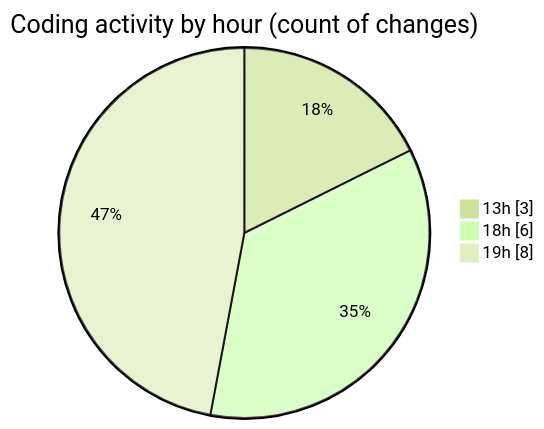
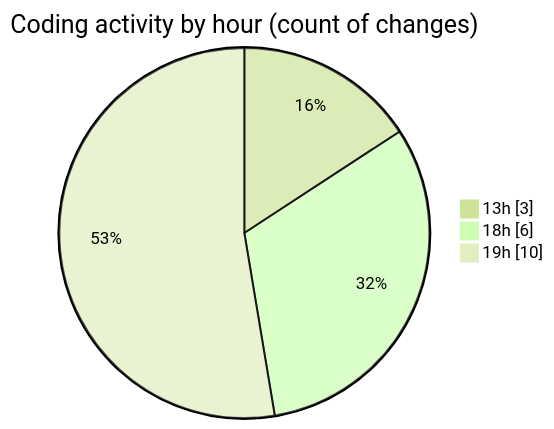
The second of 2 diagrams in 2025-07-16/telebot/README.md (jrari/code-tracking), drawn with Mermaid (forest theme) before and after one commit. The commit also changed other lines of this file and 1 other file, not shown here.

````diff
--- a/2025-07-16/telebot/README.md
+++ b/2025-07-16/telebot/README.md
@@ -35,7 +35,7 @@
 ```mermaid
 pie showData
 title Coding activity by hour (count of changes)
 "13h" : 3
 "18h" : 6
-"19h" : 8
+"19h" : 10
 ```
````
